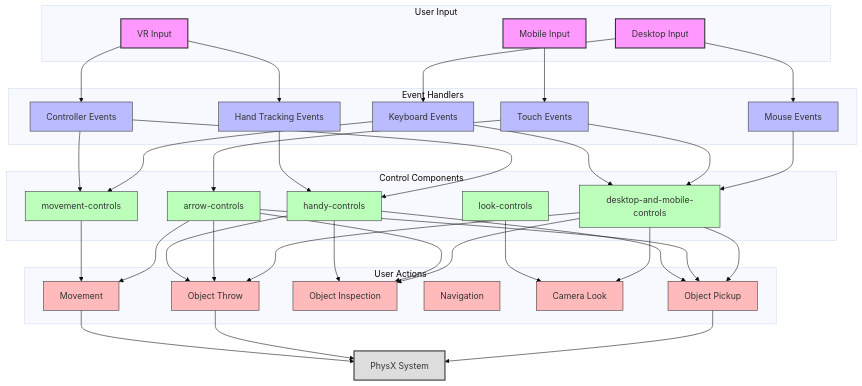
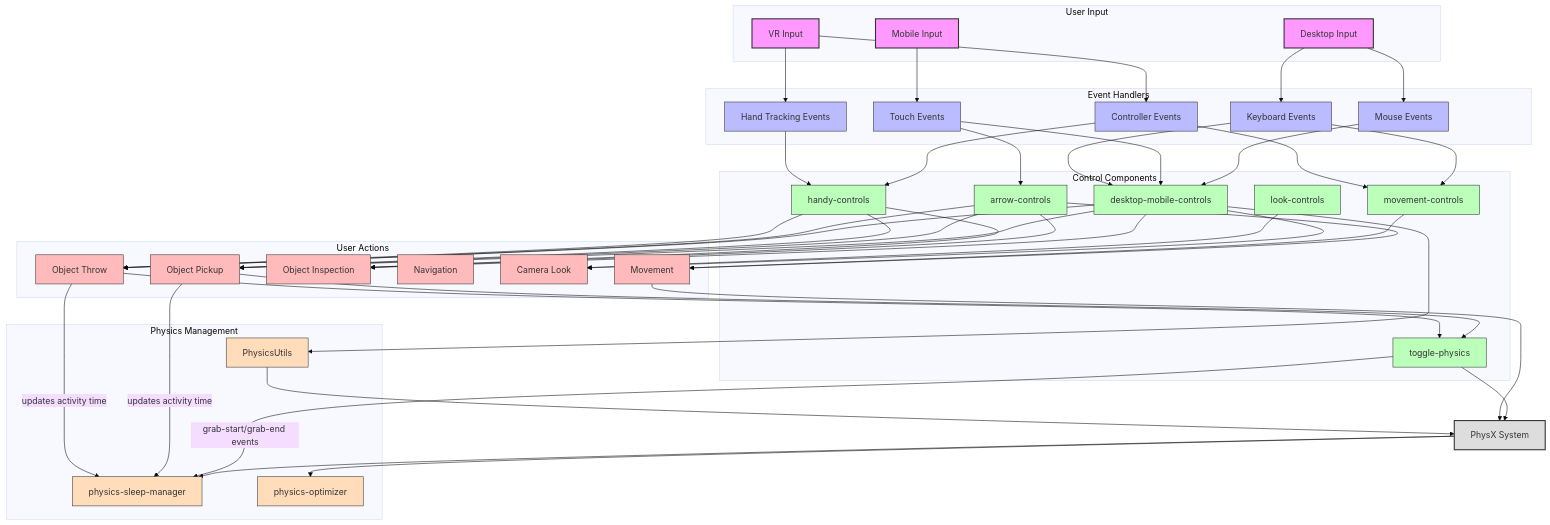
Before and after one commit to Tezeroth/VRMOBDESK-REFACTOR: the diagram in Documentation/UML/InteractionFlowDiagram.md, drawn with Mermaid (base theme). The commit also changed 24 other files, not shown here.

````diff
--- a/Documentation/UML/InteractionFlowDiagram.md
+++ b/Documentation/UML/InteractionFlowDiagram.md
@@ -6,21 +6,27 @@
     DesktopInput[Desktop Input]
     MobileInput[Mobile Input]
     VRInput[VR Input]
-    
+
     %% Input Handlers
     MouseEvents[Mouse Events]
     TouchEvents[Touch Events]
     KeyboardEvents[Keyboard Events]
     ControllerEvents[Controller Events]
     HandTrackingEvents[Hand Tracking Events]
-    
+
     %% Components
-    DesktopMobileControls[desktop-and-mobile-controls]
+    DesktopMobileControls[desktop-mobile-controls]
     ArrowControls[arrow-controls]
     HandyControls[handy-controls]
     LookControls[look-controls]
     MovementControls[movement-controls]
-    
+    TogglePhysics[toggle-physics]
+
+    %% Physics Components
+    PhysicsSleepManager[physics-sleep-manager]
+    PhysicsOptimizer[physics-optimizer]
+    PhysicsUtils[PhysicsUtils]
+
     %% Actions
     ObjectPickup[Object Pickup]
     ObjectThrow[Object Throw]
@@ -28,17 +34,17 @@
     Navigation[Navigation]
     CameraLook[Camera Look]
     Movement[Movement]
-    
+
     %% Physics
     PhysicsSystem[PhysX System]
-    
+
     %% Input Flow
     DesktopInput --> MouseEvents
     DesktopInput --> KeyboardEvents
     MobileInput --> TouchEvents
     VRInput --> ControllerEvents
     VRInput --> HandTrackingEvents
-    
+
     %% Event Handling
     MouseEvents --> DesktopMobileControls
     TouchEvents --> DesktopMobileControls
@@ -48,37 +54,53 @@
     ControllerEvents --> HandyControls
     ControllerEvents --> MovementControls
     HandTrackingEvents --> HandyControls
-    
+
     %% Component Actions
     DesktopMobileControls --> ObjectPickup
     DesktopMobileControls --> ObjectThrow
     DesktopMobileControls --> ObjectInspect
     DesktopMobileControls --> CameraLook
-    
+
     ArrowControls --> Movement
     ArrowControls --> ObjectPickup
     ArrowControls --> ObjectThrow
     ArrowControls --> ObjectInspect
-    
+
     HandyControls --> ObjectPickup
     HandyControls --> ObjectThrow
     HandyControls --> ObjectInspect
-    
+
     LookControls --> CameraLook
     MovementControls --> Movement
-    
+
     %% Physics Interaction
-    ObjectPickup --> PhysicsSystem
-    ObjectThrow --> PhysicsSystem
+    ObjectPickup --> TogglePhysics
+    ObjectThrow --> TogglePhysics
+    TogglePhysics --> PhysicsSystem
+
+    %% Physics Optimization
+    PhysicsSystem --> PhysicsSleepManager
+    PhysicsSystem --> PhysicsOptimizer
+
+    %% Physics Events
+    TogglePhysics -- "grab-start/grab-end events" --> PhysicsSleepManager
+    ObjectPickup -- "updates activity time" --> PhysicsSleepManager
+    ObjectThrow -- "updates activity time" --> PhysicsSleepManager
+
+    %% Physics Utils
+    DesktopMobileControls --> PhysicsUtils
+    PhysicsUtils --> PhysicsSystem
+
+    %% Movement and Physics
     Movement --> PhysicsSystem
-    
+
     %% Subgraphs for Organization
     subgraph "User Input"
         DesktopInput
         MobileInput
         VRInput
     end
-    
+
     subgraph "Event Handlers"
         MouseEvents
         TouchEvents
@@ -86,15 +108,22 @@
         ControllerEvents
         HandTrackingEvents
     end
-    
+
     subgraph "Control Components"
         DesktopMobileControls
         ArrowControls
         HandyControls
         LookControls
         MovementControls
+        TogglePhysics
     end
-    
+
+    subgraph "Physics Management"
+        PhysicsSleepManager
+        PhysicsOptimizer
+        PhysicsUtils
+    end
+
     subgraph "User Actions"
         ObjectPickup
         ObjectThrow
@@ -103,17 +132,19 @@
         CameraLook
         Movement
     end
-    
+
     %% Styling
     classDef input fill:#f9f,stroke:#333,stroke-width:2px
     classDef event fill:#bbf,stroke:#333,stroke-width:1px
     classDef component fill:#bfb,stroke:#333,stroke-width:1px
     classDef action fill:#fbb,stroke:#333,stroke-width:1px
     classDef physics fill:#ddd,stroke:#333,stroke-width:2px
-    
+    classDef physicsComponent fill:#fdb,stroke:#333,stroke-width:1px
+
     class DesktopInput,MobileInput,VRInput input
     class MouseEvents,TouchEvents,KeyboardEvents,ControllerEvents,HandTrackingEvents event
-    class DesktopMobileControls,ArrowControls,HandyControls,LookControls,MovementControls component
+    class DesktopMobileControls,ArrowControls,HandyControls,LookControls,MovementControls,TogglePhysics component
     class ObjectPickup,ObjectThrow,ObjectInspect,Navigation,CameraLook,Movement action
     class PhysicsSystem physics
+    class PhysicsSleepManager,PhysicsOptimizer,PhysicsUtils physicsComponent
 ```
````
